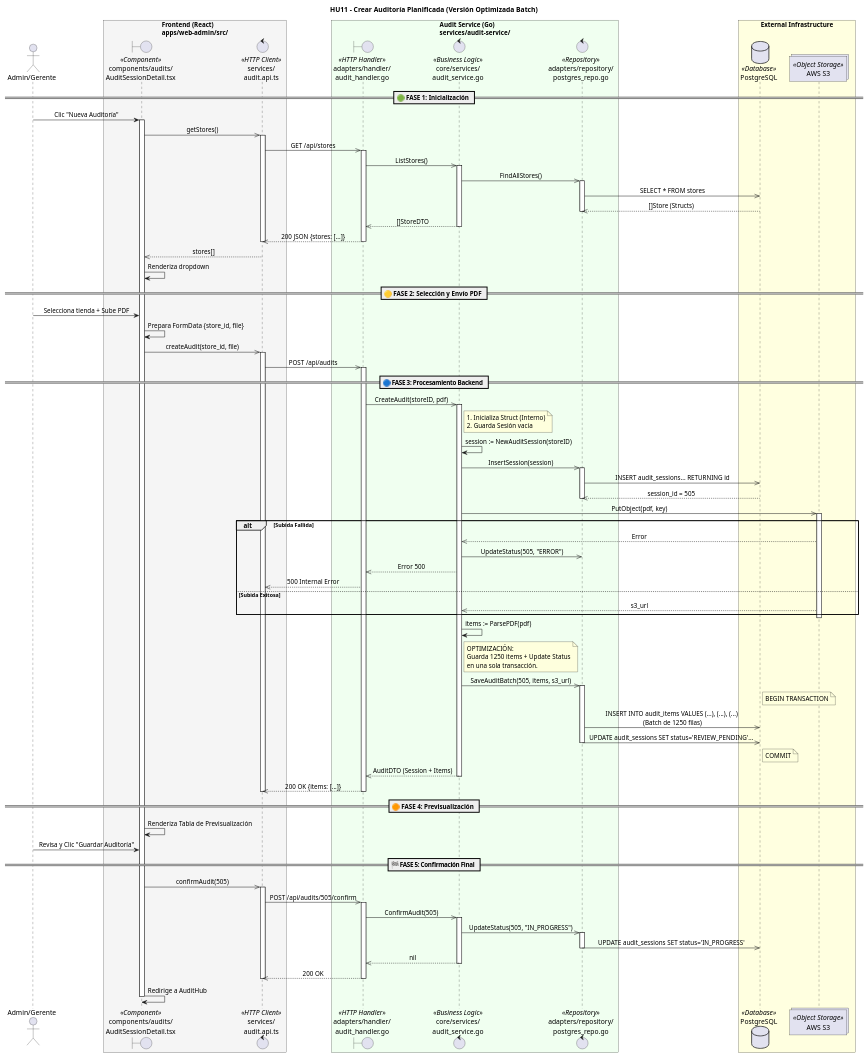
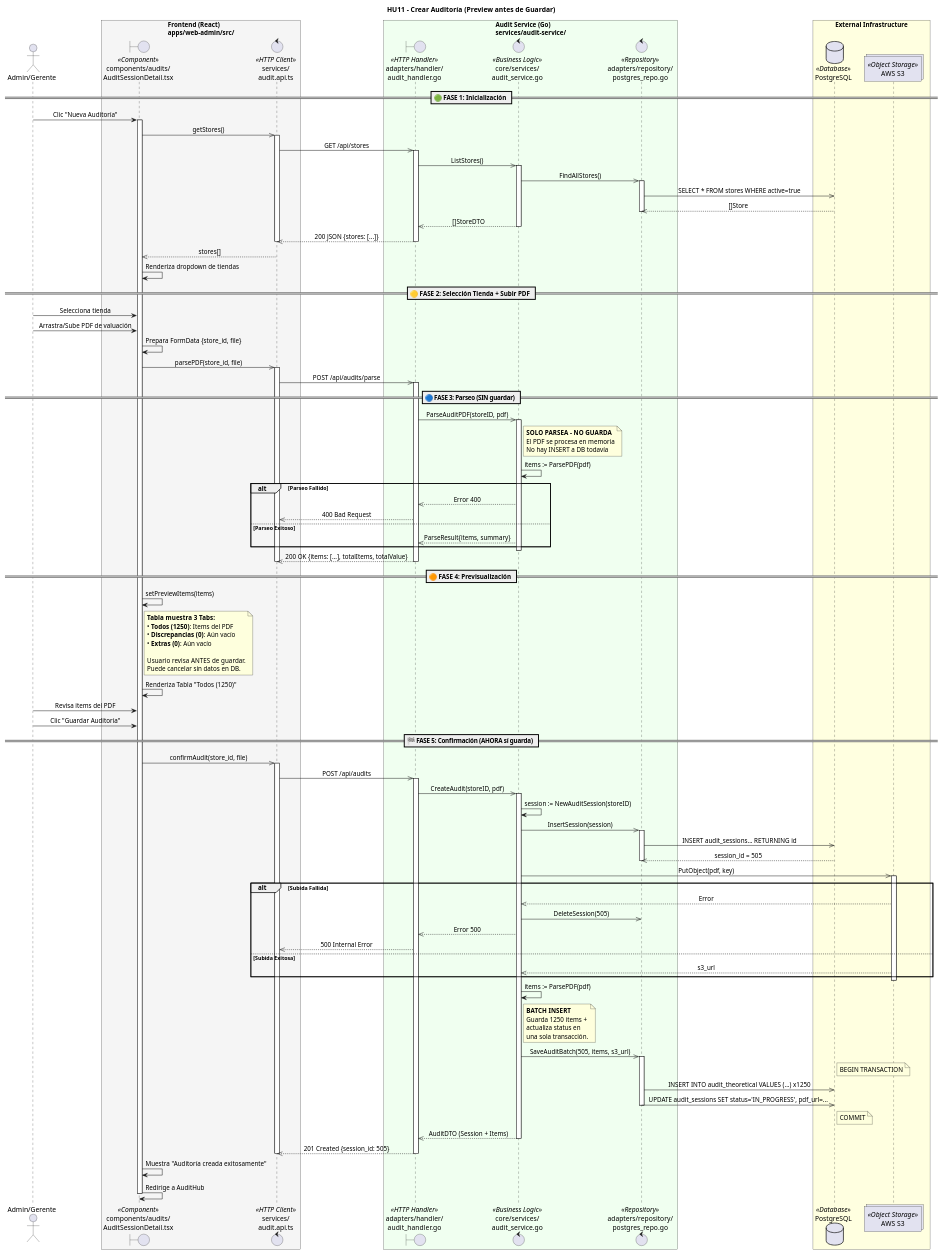
The diagram in docs/HU11_crear_auditoria_sequence.puml (Bowist27/Qontrol), drawn with PlantUML before and after one commit. The commit also changed 6 other files, not shown here.

```diff
--- a/docs/HU11_crear_auditoria_sequence.puml
+++ b/docs/HU11_crear_auditoria_sequence.puml
@@ -1,144 +1,164 @@
 @startuml
-title HU11 - Crear Auditoría Planificada (Versión Optimizada Batch)
+title HU11 - Crear Auditoría (Preview antes de Guardar)
 
 skinparam BoxPadding 10
 skinparam SequenceMessageAlignment center
 skinparam ParticipantPadding 10
 
 actor "Admin/Gerente" as User
 
 box "Frontend (React)\napps/web-admin/src/" #WhiteSmoke
     boundary "components/audits/\nAuditSessionDetail.tsx" as Page <<Component>>
     control "services/\naudit.api.ts" as API <<HTTP Client>>
 end box
 
 box "Audit Service (Go)\nservices/audit-service/" #Honeydew
     boundary "adapters/handler/\naudit_handler.go" as Handler <<HTTP Handler>>
     control "core/services/\naudit_service.go" as Service <<Business Logic>>
-    ' CORRECCIÓN UML: Eliminada la línea de vida "Domain" (es lógica interna)
     control "adapters/repository/\npostgres_repo.go" as Repo <<Repository>>
 end box
 
 box "External Infrastructure" #LightYellow
     database "PostgreSQL" as DB <<Database>>
     collections "AWS S3" as S3 <<Object Storage>>
 end box
 
 
 == 🟢 FASE 1: Inicialización ==
 
 User -> Page: Clic "Nueva Auditoría"
 activate Page
 
 Page ->> API: getStores()
 activate API
     API ->> Handler: GET /api/stores
     activate Handler
         Handler ->> Service: ListStores()
         activate Service
             Service ->> Repo: FindAllStores()
             activate Repo
-                Repo ->> DB: SELECT * FROM stores
-                DB -->> Repo: []Store (Structs)
+                Repo ->> DB: SELECT * FROM stores WHERE active=true
+                DB -->> Repo: []Store
             deactivate Repo
             Service -->> Handler: []StoreDTO
         deactivate Service
         Handler -->> API: 200 JSON {stores: [...]}
     deactivate Handler
 deactivate API
 Page <<-- API: stores[]
-Page -> Page: Renderiza dropdown
+Page -> Page: Renderiza dropdown de tiendas
 
-== 🟡 FASE 2: Selección y Envío PDF ==
+== 🟡 FASE 2: Selección Tienda + Subir PDF ==
 
-User -> Page: Selecciona tienda + Sube PDF
+User -> Page: Selecciona tienda
+User -> Page: Arrastra/Sube PDF de valuación
 Page -> Page: Prepara FormData {store_id, file}
 
-Page ->> API: createAudit(store_id, file)
+Page ->> API: parsePDF(store_id, file)
+activate API
+    API ->> Handler: POST /api/audits/parse
+    activate Handler
+
+== 🔵 FASE 3: Parseo (SIN guardar) ==
+
+        Handler ->> Service: ParseAuditPDF(storeID, pdf)
+        activate Service
+            
+            note right of Service
+                **SOLO PARSEA - NO GUARDA**
+                El PDF se procesa en memoria
+                No hay INSERT a DB todavía
+            end note
+            
+            Service -> Service: items := ParsePDF(pdf)
+            
+            alt Parseo Fallido
+                Service -->> Handler: Error 400
+                Handler -->> API: 400 Bad Request
+            else Parseo Exitoso
+                Service -->> Handler: ParseResult{items, summary}
+            end
+            
+        deactivate Service
+        Handler -->> API: 200 OK {items: [...], totalItems, totalValue}
+    deactivate Handler
+deactivate API
+
+== 🟠 FASE 4: Previsualización ==
+
+Page -> Page: setPreviewItems(items)
+note right of Page
+  **Tabla muestra 3 Tabs:**
+  • **Todos (1250)**: Items del PDF
+  • **Discrepancias (0)**: Aún vacío
+  • **Extras (0)**: Aún vacío
+  
+  Usuario revisa ANTES de guardar.
+  Puede cancelar sin datos en DB.
+end note
+
+Page -> Page: Renderiza Tabla "Todos (1250)"
+User -> Page: Revisa items del PDF
+User -> Page: Clic "Guardar Auditoría"
+
+== 🏁 FASE 5: Confirmación (AHORA sí guarda) ==
+
+Page ->> API: confirmAudit(store_id, file)
 activate API
     API ->> Handler: POST /api/audits
     activate Handler
-
-== 🔵 FASE 3: Procesamiento Backend ==
-
         Handler ->> Service: CreateAudit(storeID, pdf)
         activate Service
             
-            ' 3.1 - Crear registro borrador (Interno)
-            note right of Service
-                1. Inicializa Struct (Interno)
-                2. Guarda Sesión vacía
-            end note
+            ' 5.1 - Crear sesión
             Service -> Service: session := NewAuditSession(storeID)
-            
             Service ->> Repo: InsertSession(session)
             activate Repo
                 Repo ->> DB: INSERT audit_sessions... RETURNING id
                 DB -->> Repo: session_id = 505
             deactivate Repo
 
-            ' 3.2 - Upload a S3
+            ' 5.2 - Upload a S3
             Service ->> S3: PutObject(pdf, key)
             activate S3
             
             alt Subida Fallida
                 S3 -->> Service: Error
-                Service ->> Repo: UpdateStatus(505, "ERROR")
+                Service ->> Repo: DeleteSession(505)
                 Service -->> Handler: Error 500
                 Handler -->> API: 500 Internal Error
             else Subida Exitosa
                 S3 -->> Service: s3_url
             end
             deactivate S3
 
-            ' 3.3 - Parsear PDF
+            ' 5.3 - Parsear y guardar batch
             Service -> Service: items := ParsePDF(pdf)
-
-            ' 3.4 - CORRECCIÓN CRÍTICA: BATCH INSERT (Adiós Loop N+1)
+            
             note right of Service
-                OPTIMIZACIÓN:
-                Guarda 1250 items + Update Status
-                en una sola transacción.
+                **BATCH INSERT**
+                Guarda 1250 items + 
+                actualiza status en
+                una sola transacción.
             end note
 
             Service ->> Repo: SaveAuditBatch(505, items, s3_url)
             activate Repo
                 note right of DB: BEGIN TRANSACTION
-                Repo ->> DB: INSERT INTO audit_items VALUES (...), (...), (...) \n(Batch de 1250 filas)
-                Repo ->> DB: UPDATE audit_sessions SET status='REVIEW_PENDING'...
+                Repo ->> DB: INSERT INTO audit_theoretical VALUES (...) x1250
+                Repo ->> DB: UPDATE audit_sessions SET status='IN_PROGRESS', pdf_url=...
                 note right of DB: COMMIT
             deactivate Repo
 
             Service -->> Handler: AuditDTO (Session + Items)
         deactivate Service
         
-        Handler -->> API: 200 OK {items: [...]}
+        Handler -->> API: 201 Created {session_id: 505}
     deactivate Handler
 deactivate API
 
-== 🟠 FASE 4: Previsualización ==
-
-Page -> Page: Renderiza Tabla de Previsualización
-User -> Page: Revisa y Clic "Guardar Auditoría"
-
-== 🏁 FASE 5: Confirmación Final ==
-
-Page ->> API: confirmAudit(505)
-activate API
-    API ->> Handler: POST /api/audits/505/confirm
-    activate Handler
-        Handler ->> Service: ConfirmAudit(505)
-        activate Service
-            Service ->> Repo: UpdateStatus(505, "IN_PROGRESS")
-            activate Repo
-                Repo ->> DB: UPDATE audit_sessions SET status='IN_PROGRESS'
-            deactivate Repo
-            Service -->> Handler: nil
-        deactivate Service
-        Handler -->> API: 200 OK
-    deactivate Handler
-deactivate API
-
+Page -> Page: Muestra "Auditoría creada exitosamente"
 Page -> Page: Redirige a AuditHub
 deactivate Page
+
 @enduml
```
